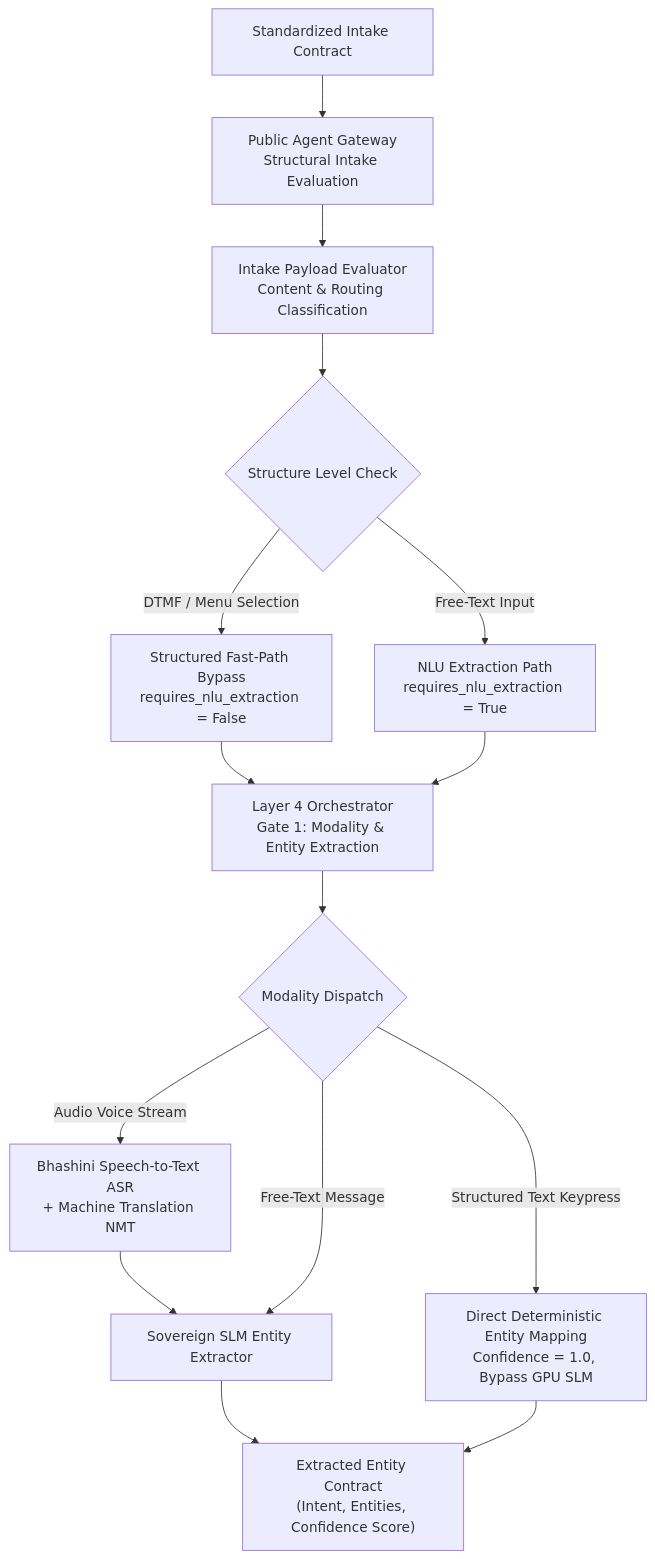
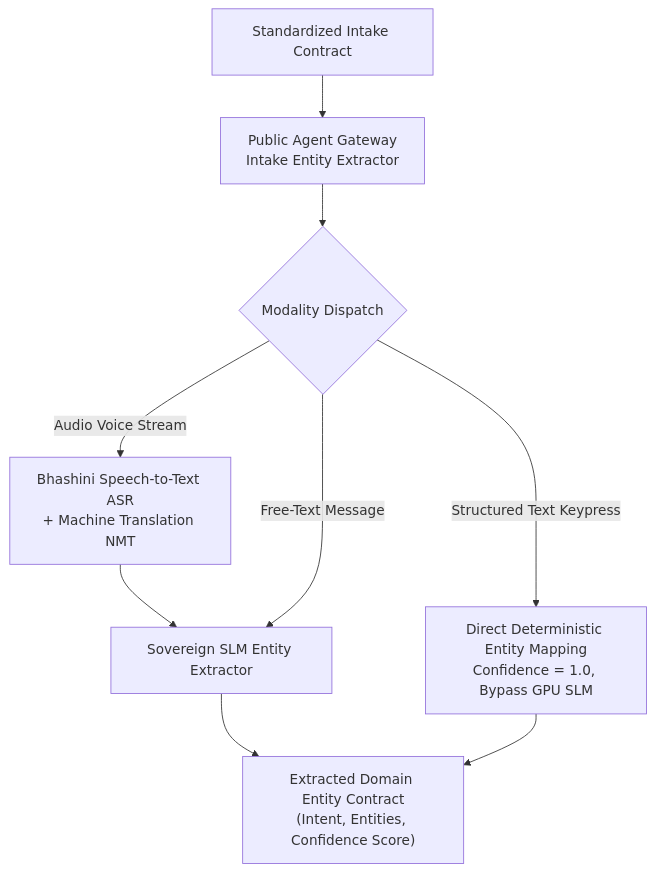
One commit to gargmishu/agristack-dbt-core changed the third of 6 diagrams in docs/end_to_end_code_flow.md. Above: the diagram before and after it, drawn with Mermaid. The commit also changed other lines of this file and 4 other files, not shown here.

Commit message:
refactor: replace IntakePayloadEvaluator with IntakeEntityExtractor to support SLM domain entity extraction during intake processing

````diff
--- a/docs/end_to_end_code_flow.md
+++ b/docs/end_to_end_code_flow.md
@@ -126,21 +123,13 @@
 ```mermaid
 flowchart TD
-    H["Standardized Intake Contract"] --> I["Public Agent Gateway<br/>Structural Intake Evaluation"]
-    I --> J["Intake Payload Evaluator<br/>Content & Routing Classification"]
+    H["Standardized Intake Contract"] --> I["Public Agent Gateway<br/>Intake Entity Extractor"]
     
-    J --> K{"Structure Level Check"}
-    K -- "DTMF / Menu Selection" --> L["Structured Fast-Path Bypass<br/>requires_nlu_extraction = False"]
-    K -- "Free-Text Input" --> M["NLU Extraction Path<br/>requires_nlu_extraction = True"]
-    
-    L --> N["Layer 4 Orchestrator<br/>Gate 1: Modality & Entity Extraction"]
-    M --> N
-
-    N --> O{"Modality Dispatch"}
+    I --> O{"Modality Dispatch"}
     O -- "Audio Voice Stream" --> P["Bhashini Speech-to-Text ASR<br/>+ Machine Translation NMT"]
     P --> Q["Sovereign SLM Entity Extractor"]
     O -- "Structured Text Keypress" --> R["Direct Deterministic Entity Mapping<br/>Confidence = 1.0, Bypass GPU SLM"]
     O -- "Free-Text Message" --> Q
     
-    Q --> S["Extracted Entity Contract<br/>(Intent, Entities, Confidence Score)"]
+    Q --> S["Extracted Domain Entity Contract<br/>(Intent, Entities, Confidence Score)"]
     R --> S
 ```
````
